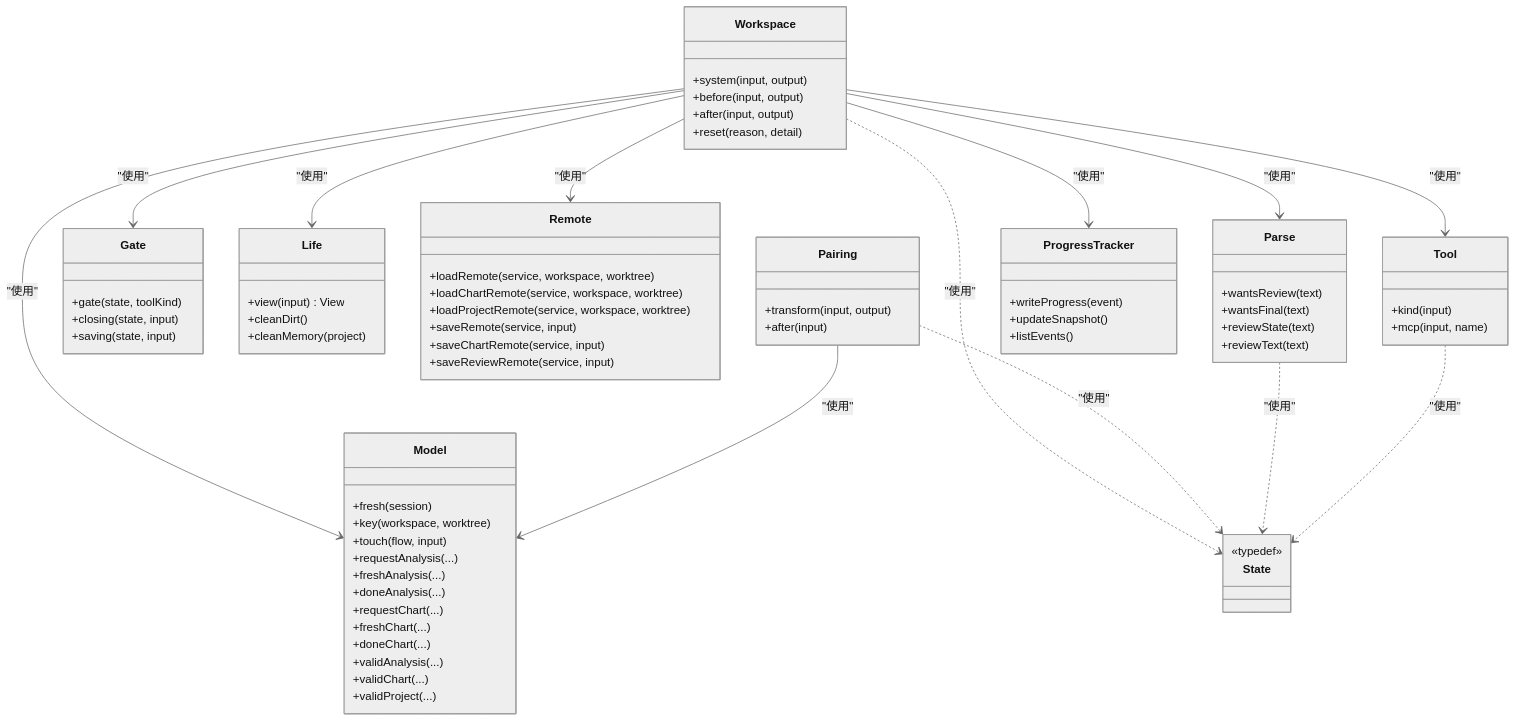
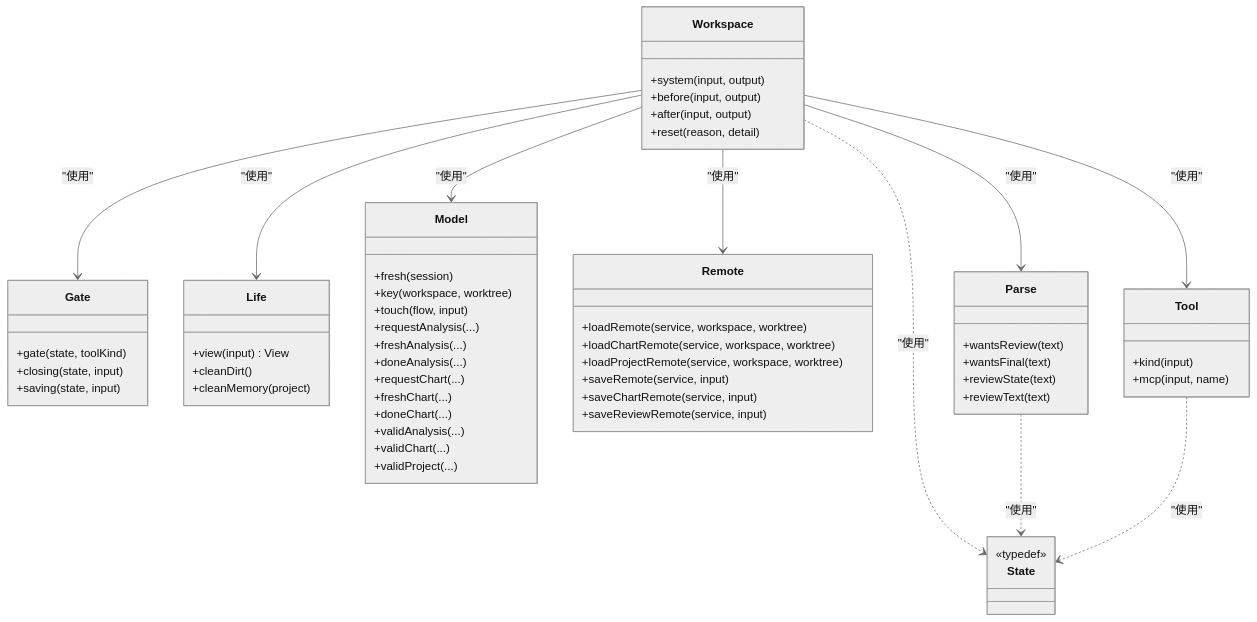
The fourth of 4 diagrams in .lingma/repowiki/zh/content/API参考/SmartX工作流API.md (89780012/opencode), drawn with Mermaid (neutral theme) before and after one commit. The commit also changed other lines of this file and 24 other files, not shown here.

````diff
--- a/.lingma/repowiki/zh/content/API参考/SmartX工作流API.md
+++ b/.lingma/repowiki/zh/content/API参考/SmartX工作流API.md
@@ -382,75 +259,63 @@
 ```mermaid
 classDiagram
 class Workspace {
 +system(input, output)
 +before(input, output)
 +after(input, output)
 +reset(reason, detail)
-}
-class Pairing {
-+transform(input, output)
-+after(input)
 }
 class Gate {
 +gate(state, toolKind)
 +closing(state, input)
 +saving(state, input)
 }
 class Life {
 +view(input) View
 +cleanDirt()
 +cleanMemory(project)
 }
 class Model {
 +fresh(session)
 +key(workspace, worktree)
 +touch(flow, input)
 +requestAnalysis(...)
 +freshAnalysis(...)
 +doneAnalysis(...)
 +requestChart(...)
 +freshChart(...)
 +doneChart(...)
 +validAnalysis(...)
 +validChart(...)
 +validProject(...)
 }
 class Remote {
 +loadRemote(service, workspace, worktree)
 +loadChartRemote(service, workspace, worktree)
 +loadProjectRemote(service, workspace, worktree)
 +saveRemote(service, input)
 +saveChartRemote(service, input)
 +saveReviewRemote(service, input)
 }
 class Parse {
 +wantsReview(text)
 +wantsFinal(text)
 +reviewState(text)
 +reviewText(text)
 }
 class State {
 <<typedef>>
 }
 class Tool {
 +kind(input)
 +mcp(input, name)
 }
-class ProgressTracker {
-+writeProgress(event)
-+updateSnapshot()
-+listEvents()
-}
 Workspace --> Gate : "使用"
 Workspace --> Life : "使用"
 Workspace --> Model : "使用"
 Workspace --> Remote : "使用"
 Workspace --> Parse : "使用"
 Workspace --> Tool : "使用"
-Workspace --> ProgressTracker : "使用"
-Pairing --> Model : "使用"
 Workspace ..> State : "使用"
-Pairing ..> State : "使用"
 Parse ..> State : "使用"
 Tool ..> State : "使用"
 ```
````
